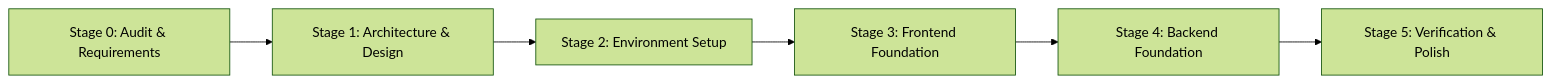
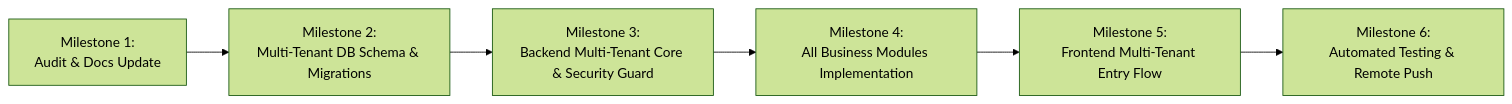
The diagram in docs/IMPLEMENTATION_PLAN.md (aloshy0/Makeaton), drawn with Mermaid (forest theme) before and after one commit. The commit also changed other lines of this file and 8 other files, not shown here.

Commit message:
docs: update canonical architecture and specifications to multi-tenant SaaS model

````diff
--- a/docs/IMPLEMENTATION_PLAN.md
+++ b/docs/IMPLEMENTATION_PLAN.md
@@ -8,8 +9,8 @@
 ```mermaid
 flowchart LR
-    S0["Stage 0: Audit & Requirements"] --> S1["Stage 1: Architecture & Design"]
-    S1 --> S2["Stage 2: Environment Setup"]
-    S2 --> S3["Stage 3: Frontend Foundation"]
-    S3 --> S4["Stage 4: Backend Foundation"]
-    S4 --> S5["Stage 5: Verification & Polish"]
+    M1["Milestone 1:<br/>Audit & Docs Update"] --> M2["Milestone 2:<br/>Multi-Tenant DB Schema & Migrations"]
+    M2 --> M3["Milestone 3:<br/>Backend Multi-Tenant Core & Security Guard"]
+    M3 --> M4["Milestone 4:<br/>All Business Modules Implementation"]
+    M4 --> M5["Milestone 5:<br/>Frontend Multi-Tenant Entry Flow"]
+    M5 --> M6["Milestone 6:<br/>Automated Testing & Remote Push"]
 ```
````
